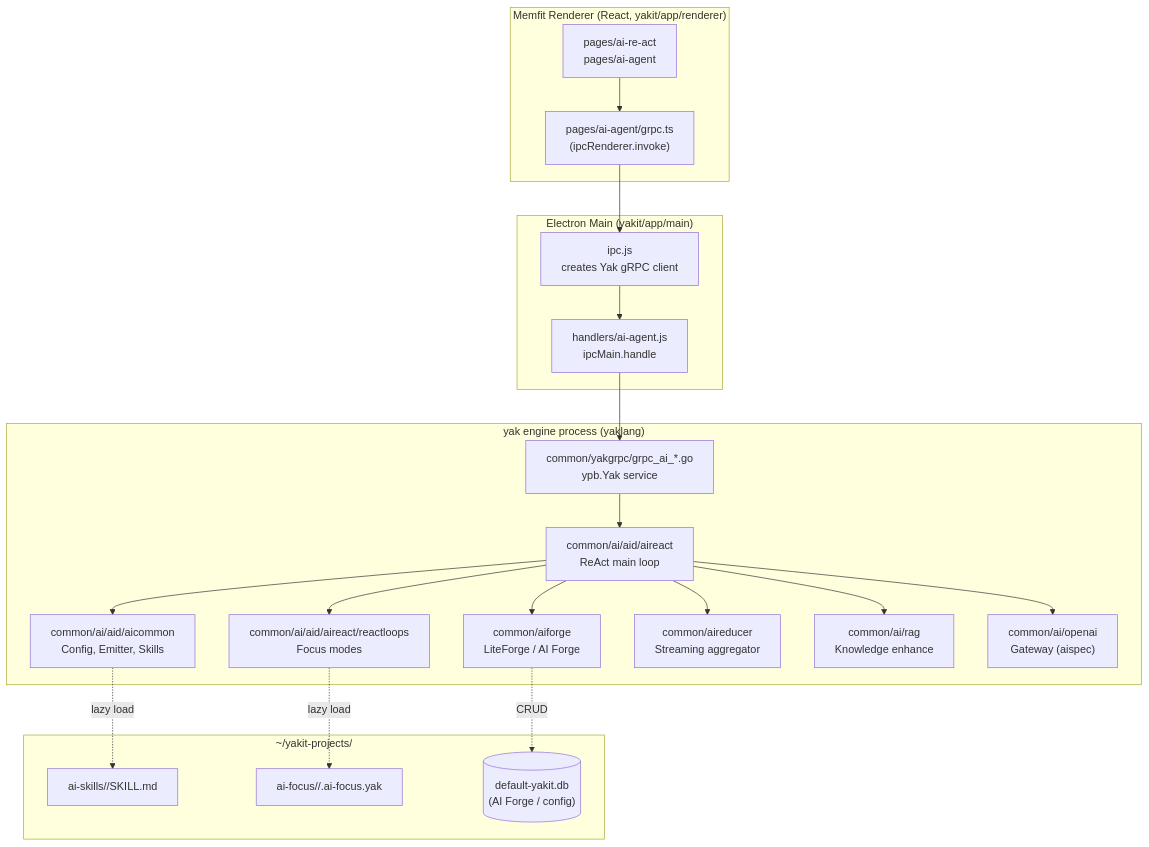
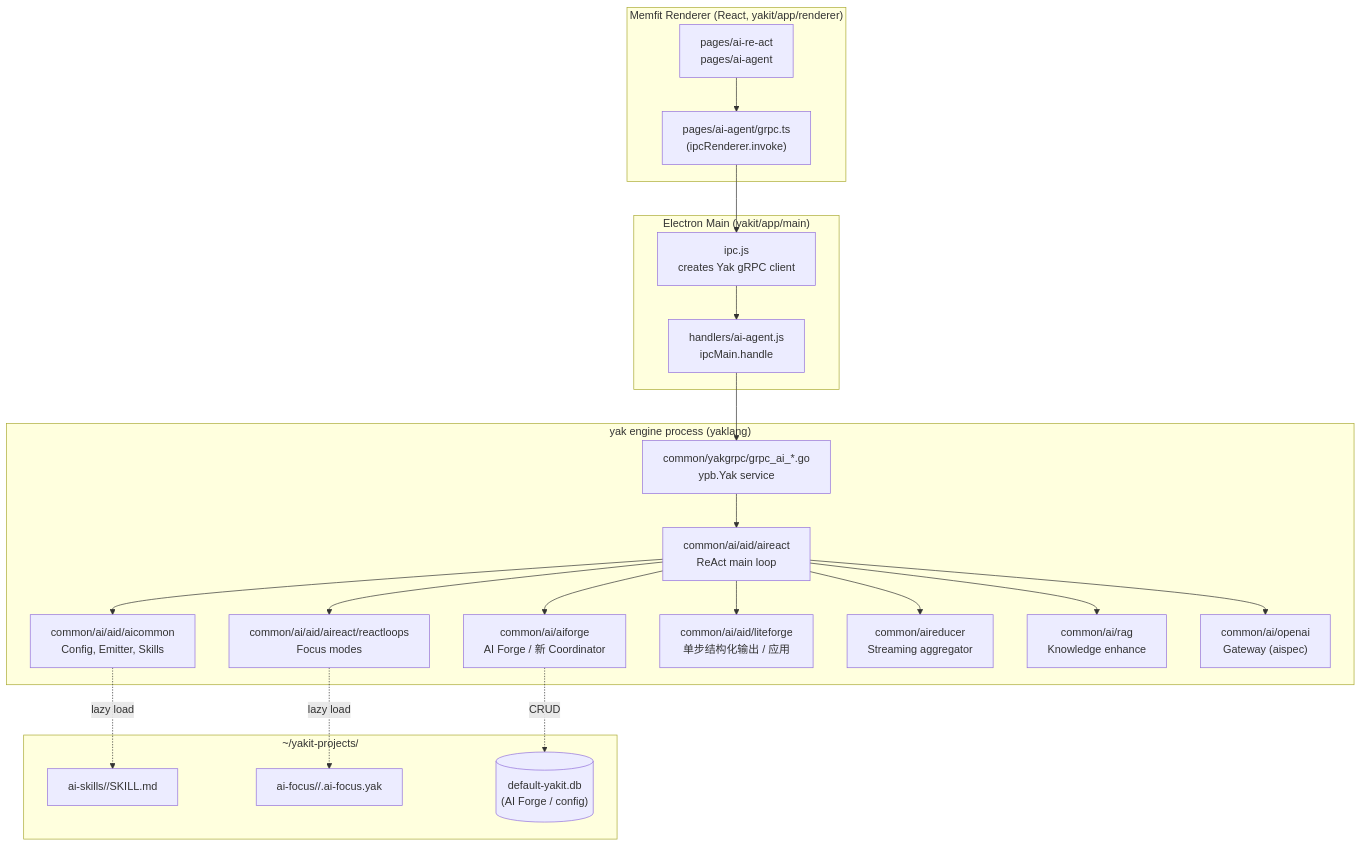
The diagram in common/ai/MEMFIT_RELATIONSHIP.md (yaklang/yaklang), drawn with Mermaid before and after one commit. The commit also changed other lines of this file and 304 other files, not shown here.

````diff
--- a/common/ai/MEMFIT_RELATIONSHIP.md
+++ b/common/ai/MEMFIT_RELATIONSHIP.md
@@ -18,44 +18,46 @@
 ```mermaid
 flowchart TB
   subgraph Renderer ["Memfit Renderer (React, yakit/app/renderer)"]
     UI["pages/ai-re-act<br/>pages/ai-agent"]
     GRPCTS["pages/ai-agent/grpc.ts<br/>(ipcRenderer.invoke)"]
   end
 
   subgraph Main ["Electron Main (yakit/app/main)"]
     IPC["ipc.js<br/>creates Yak gRPC client"]
     Handlers["handlers/ai-agent.js<br/>ipcMain.handle"]
   end
 
   subgraph Engine ["yak engine process (yaklang)"]
     GRPC["common/yakgrpc/grpc_ai_*.go<br/>ypb.Yak service"]
     AIDirA["common/ai/aid/aireact<br/>ReAct main loop"]
     AIDirL["common/ai/aid/aireact/reactloops<br/>Focus modes"]
     AICommon["common/ai/aid/aicommon<br/>Config, Emitter, Skills"]
-    Forge["common/aiforge<br/>LiteForge / AI Forge"]
+    Forge["common/ai/aiforge<br/>AI Forge / 新 Coordinator"]
+    LiteForge["common/ai/aid/liteforge<br/>单步结构化输出 / 应用"]
     Reducer["common/aireducer<br/>Streaming aggregator"]
     RAG["common/ai/rag<br/>Knowledge enhance"]
     OpenAI["common/ai/openai<br/>Gateway (aispec)"]
   end
 
   subgraph UserExt ["~/yakit-projects/"]
     Skills["ai-skills/<name>/SKILL.md"]
     Focus["ai-focus/<name>/<name>.ai-focus.yak"]
     DB[("default-yakit.db<br/>(AI Forge / config)")]
   end
 
   UI --> GRPCTS --> IPC
   Handlers --> GRPC
   IPC --> Handlers
   GRPC --> AIDirA
   AIDirA --> AIDirL
   AIDirA --> AICommon
   AIDirA --> Forge
+  AIDirA --> LiteForge
   AIDirA --> Reducer
   AIDirA --> RAG
   AIDirA --> OpenAI
 
   AICommon -.lazy load.-> Skills
   AIDirL -.lazy load.-> Focus
   Forge -.CRUD.-> DB
 ```
````
